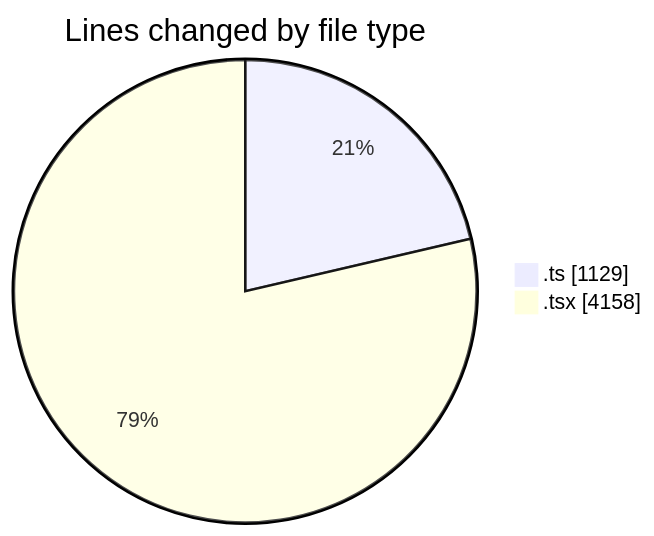
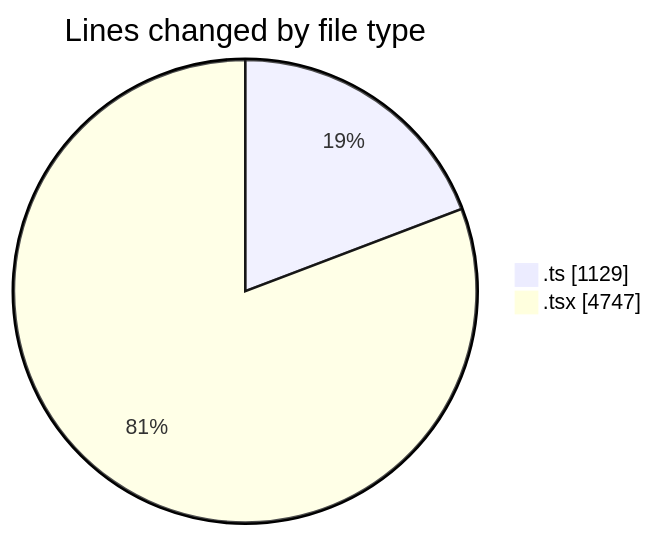
Before and after one commit to momahboobian/code-tracking: the first of 2 diagrams in 2025-09-02/cda/README.md, drawn with Mermaid. The commit also changed other lines of this file and 1 other file, not shown here.

````diff
--- a/2025-09-02/cda/README.md
+++ b/2025-09-02/cda/README.md
@@ -29,6 +30,6 @@
 ```mermaid
 pie showData
 title Lines changed by file type
 ".ts" : 1129
-".tsx" : 4158
+".tsx" : 4747
 ```
````
